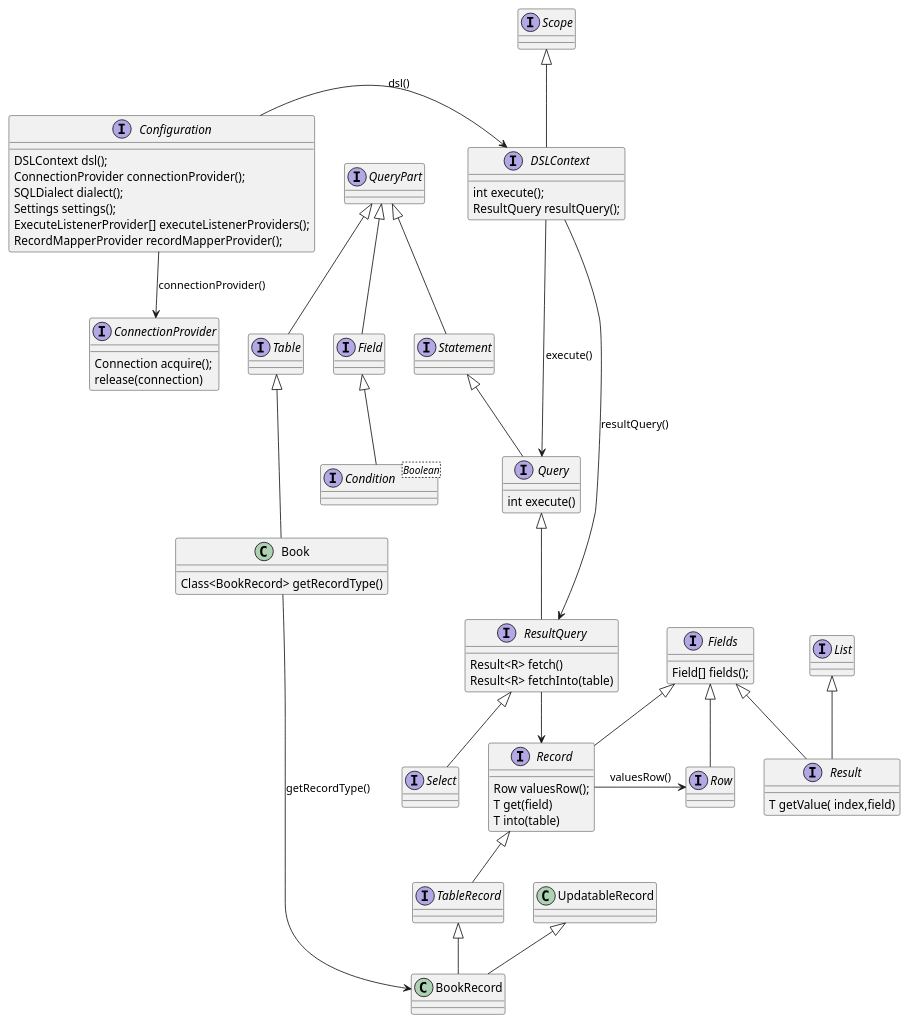
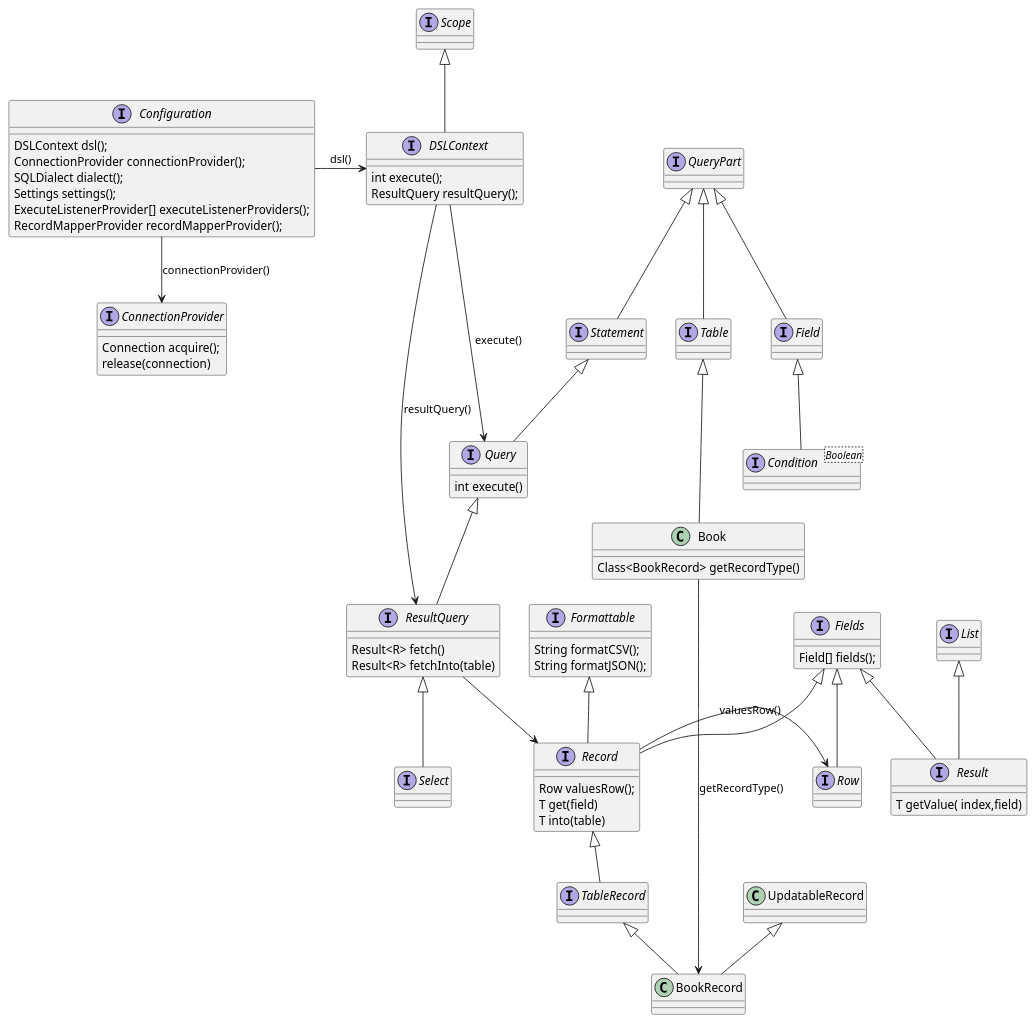
One commit to linux-china/jooq-demo changed the diagram in jooq-clazz.puml. Above: the diagram before and after it, drawn with PlantUML.

Commit message:
chore: add Formattable

```diff
--- a/jooq-clazz.puml
+++ b/jooq-clazz.puml
@@ -1,107 +1,113 @@
 @startuml
 'https://plantuml.com/class-diagram
 
 interface Configuration {
    DSLContext dsl();
    ConnectionProvider connectionProvider();
    SQLDialect dialect();
    Settings settings();
    ExecuteListenerProvider[] executeListenerProviders();
    RecordMapperProvider recordMapperProvider();
 }
 
 interface Scope
 
 interface DSLContext extends Scope {
    int execute();
    ResultQuery resultQuery();
 }
 
 interface ConnectionProvider {
    Connection acquire();
    release(connection)
 }
 
 Configuration -> DSLContext : dsl()
 Configuration --> ConnectionProvider : connectionProvider()
 
 
 interface QueryPart {
 }
 
 ' any SQL statement
 interface Statement extends QueryPart {
 }
 
 ' Any query
 interface Query extends Statement {
    int execute()
 }
 
 '  select query
 interface ResultQuery extends Query {
    Result<R> fetch()
    Result<R> fetchInto(table)
 }
 
 ResultQuery --> Record
 
 ' query result
 interface Result extends List, Fields {
    T getValue( index,field)
 }
 
 interface Fields {
   Field[] fields();
 }
 
 ' A SELECT statement
 interface Select extends ResultQuery {
 
 }
 
 ' column expression
 interface Field extends QueryPart {
 
 }
 
 ' A condition or predicate.
 interface Condition<Boolean> extends Field<Boolean> {
 }
 
 ' A table
 interface Table extends QueryPart {
 
 }
 
 ' A record essentially combines a list of columns
-interface Record extends Fields {
+interface Record extends Fields, Formattable {
    Row valuesRow();
    T get(field)
    T into(table)
 }
 
 ' A row value expression.
 interface Row extends Fields {
 
+}
+
+' data format, such as JSON, CSV, XML etc.
+interface Formattable {
+   String formatCSV();
+   String formatJSON();
 }
 
 Record -> Row : valuesRow()
 
 DSLContext ---> Query : execute()
 DSLContext ---> ResultQuery : resultQuery()
 
 ' TableRecord
 interface TableRecord extends Record
 
 class Book extends Table {
    Class<BookRecord> getRecordType()
 }
 
 Book --> BookRecord: getRecordType()
 
 class BookRecord extends TableRecord, UpdatableRecord
 
 
 
 @enduml
```
